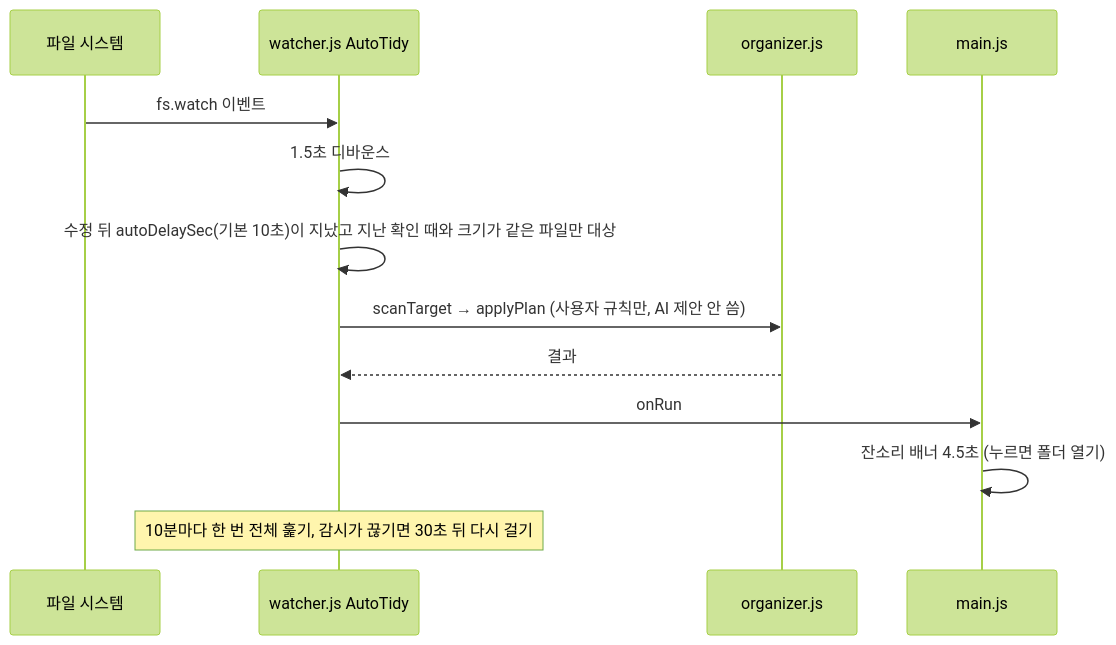
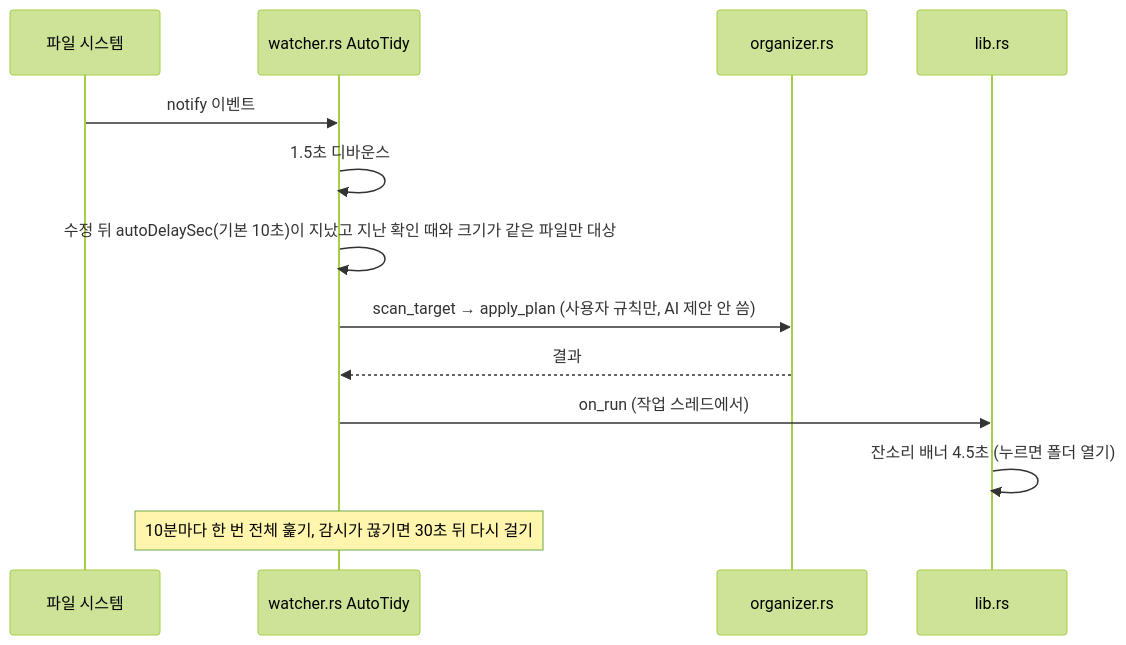
The third of 4 diagrams in docs/구현도.md (ESeungJun/smash), drawn with Mermaid (forest theme) before and after one commit. The commit also changed other lines of this file and 13 other files, not shown here.

````diff
--- a/docs/구현도.md
+++ b/docs/구현도.md
@@ -76,15 +85,15 @@
 ```mermaid
 sequenceDiagram
   participant FS as 파일 시스템
-  participant W as watcher.js AutoTidy
-  participant O as organizer.js
-  participant M as main.js
-  FS->>W: fs.watch 이벤트
+  participant W as watcher.rs AutoTidy
+  participant O as organizer.rs
+  participant M as lib.rs
+  FS->>W: notify 이벤트
   W->>W: 1.5초 디바운스
   W->>W: 수정 뒤 autoDelaySec(기본 10초)이 지났고 지난 확인 때와 크기가 같은 파일만 대상
-  W->>O: scanTarget → applyPlan (사용자 규칙만, AI 제안 안 씀)
+  W->>O: scan_target → apply_plan (사용자 규칙만, AI 제안 안 씀)
   O-->>W: 결과
-  W->>M: onRun
+  W->>M: on_run (작업 스레드에서)
   M->>M: 잔소리 배너 4.5초 (누르면 폴더 열기)
   Note over W: 10분마다 한 번 전체 훑기, 감시가 끊기면 30초 뒤 다시 걸기
 ```
````
